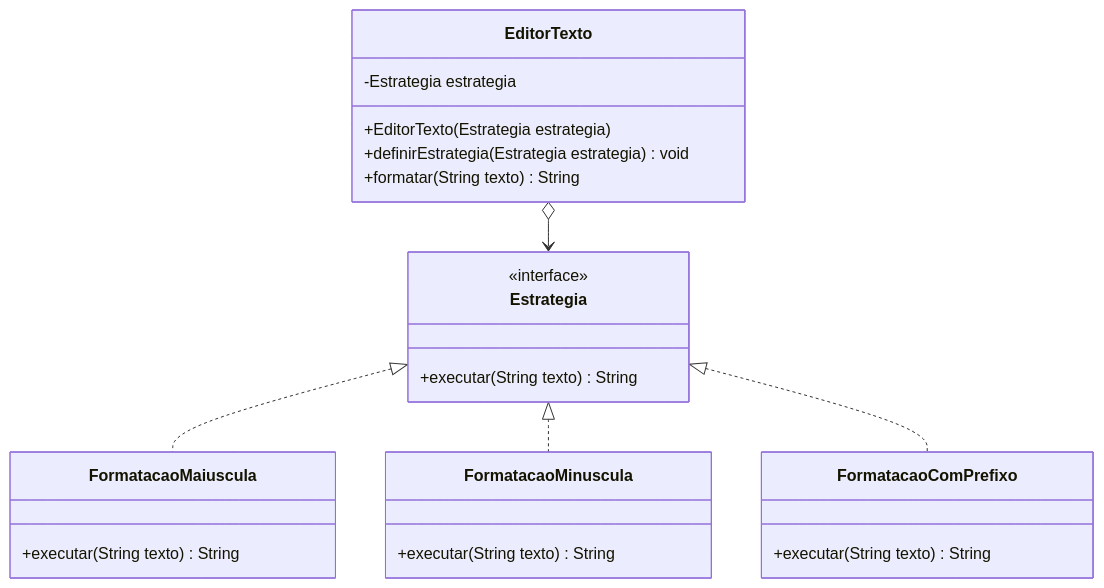
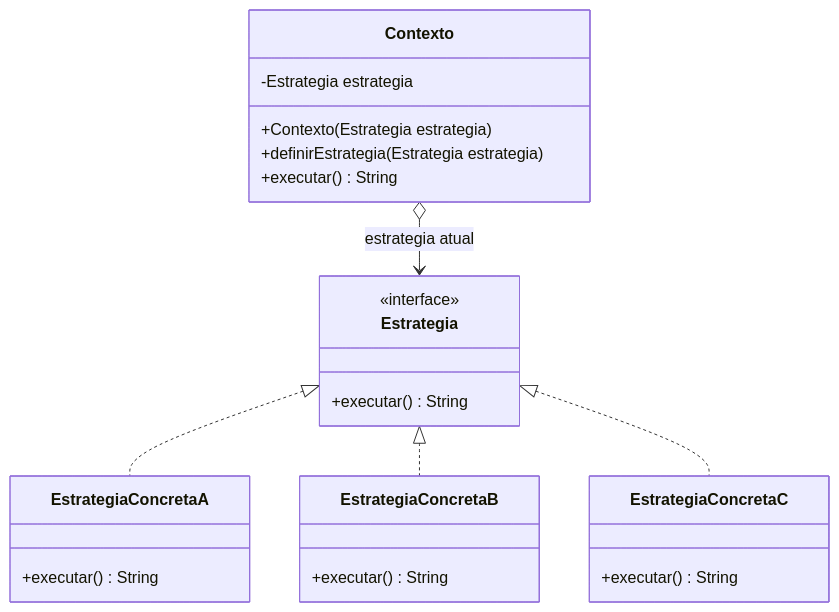
The diagram in 01-strategy/estrutura-base/diagrama.md (maneuu/padroes-de-projeto), drawn with Mermaid before and after one commit. The commit also changed other lines of this file and 17 other files, not shown here.

````diff
--- a/01-strategy/estrutura-base/diagrama.md
+++ b/01-strategy/estrutura-base/diagrama.md
@@ -3,31 +3,31 @@
 ```mermaid
 classDiagram
-    class EditorTexto {
+    class Contexto {
         -Estrategia estrategia
-        +EditorTexto(Estrategia estrategia)
-        +definirEstrategia(Estrategia estrategia) void
-        +formatar(String texto) String
+        +Contexto(Estrategia estrategia)
+        +definirEstrategia(Estrategia estrategia)
+        +executar() String
     }
 
     class Estrategia {
         <<interface>>
-        +executar(String texto) String
+        +executar() String
     }
 
-    class FormatacaoMaiuscula {
-        +executar(String texto) String
+    class EstrategiaConcretaA {
+        +executar() String
     }
 
-    class FormatacaoMinuscula {
-        +executar(String texto) String
+    class EstrategiaConcretaB {
+        +executar() String
     }
 
-    class FormatacaoComPrefixo {
-        +executar(String texto) String
+    class EstrategiaConcretaC {
+        +executar() String
     }
 
-    EditorTexto o--> Estrategia
-    Estrategia <|.. FormatacaoMaiuscula
-    Estrategia <|.. FormatacaoMinuscula
-    Estrategia <|.. FormatacaoComPrefixo
+    Contexto o--> Estrategia : estrategia atual
+    Estrategia <|.. EstrategiaConcretaA
+    Estrategia <|.. EstrategiaConcretaB
+    Estrategia <|.. EstrategiaConcretaC
 ```
````
